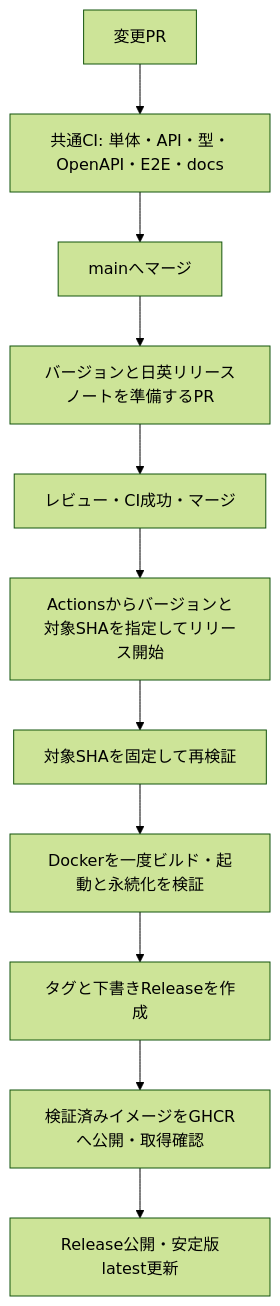
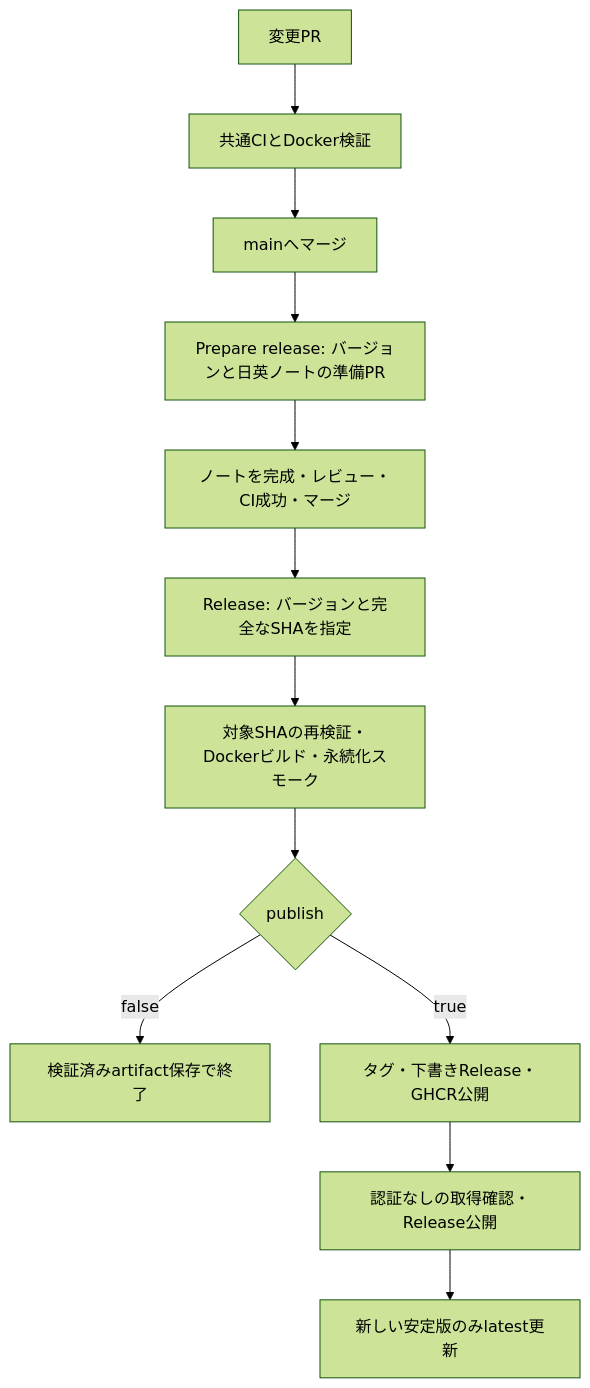
The diagram in docs/ja/developer/release-ci-plan.md (wamukat/kanbalone), drawn with Mermaid (forest theme) before and after one commit. The commit also changed other lines of this file and 21 other files, not shown here.

````diff
--- a/docs/ja/developer/release-ci-plan.md
+++ b/docs/ja/developer/release-ci-plan.md
@@ -7,13 +7,14 @@
 ```mermaid
 flowchart TD
-  A[変更PR] --> B[共通CI: 単体・API・型・OpenAPI・E2E・docs]
+  A[変更PR] --> B[共通CIとDocker検証]
   B --> C[mainへマージ]
-  C --> D[バージョンと日英リリースノートを準備するPR]
-  D --> E[レビュー・CI成功・マージ]
-  E --> F[Actionsからバージョンと対象SHAを指定してリリース開始]
-  F --> G[対象SHAを固定して再検証]
-  G --> H[Dockerを一度ビルド・起動と永続化を検証]
-  H --> I[タグと下書きReleaseを作成]
-  I --> J[検証済みイメージをGHCRへ公開・取得確認]
-  J --> K[Release公開・安定版latest更新]
+  C --> D[Prepare release: バージョンと日英ノートの準備PR]
+  D --> E[ノートを完成・レビュー・CI成功・マージ]
+  E --> F[Release: バージョンと完全なSHAを指定]
+  F --> G[対象SHAの再検証・Dockerビルド・永続化スモーク]
+  G --> H{publish}
+  H -->|false| I[検証済みartifact保存で終了]
+  H -->|true| J[タグ・下書きRelease・GHCR公開]
+  J --> K[認証なしの取得確認・Release公開]
+  K --> L[新しい安定版のみlatest更新]
 ```
````
